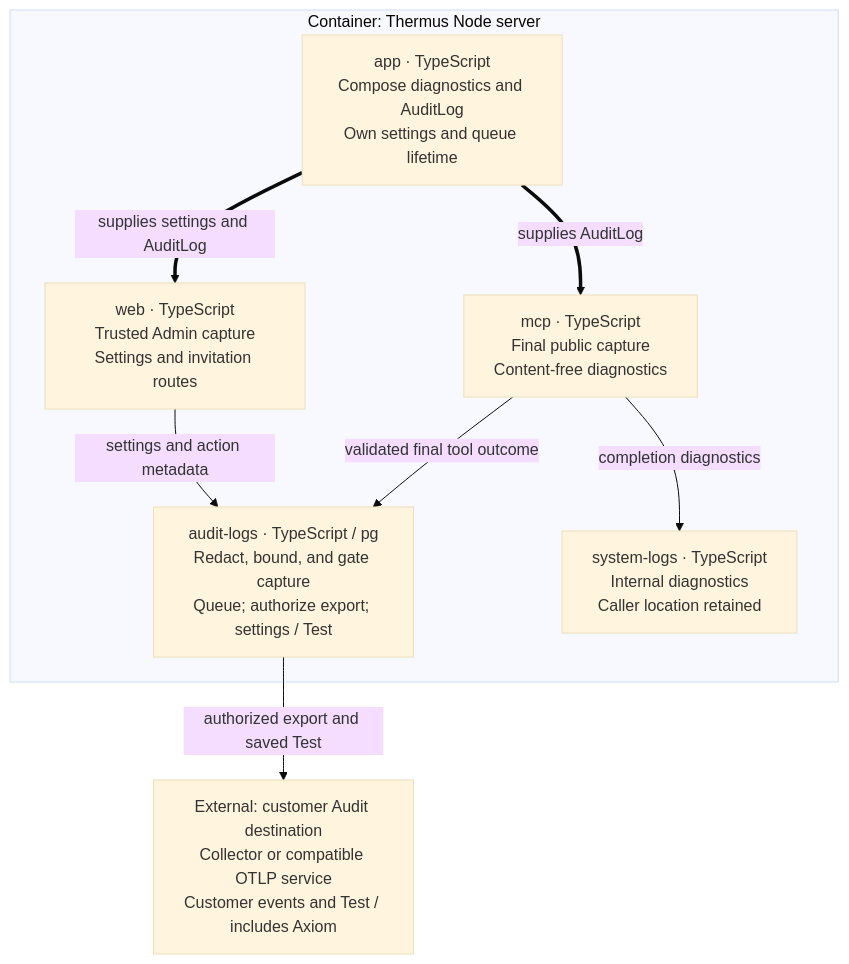
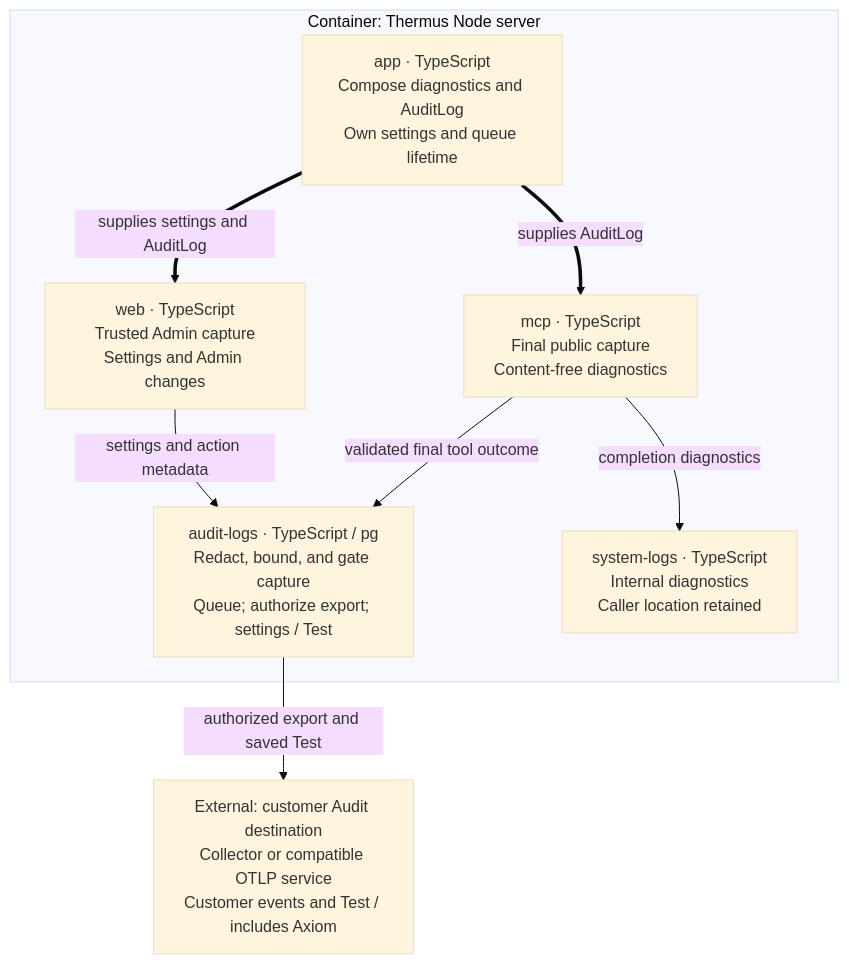
Before and after one commit to tomer-mayara/Thermus: the eighth of 15 diagrams in architecture/components.md, drawn with Mermaid (base theme). The commit also changed other lines of this file and 38 other files, not shown here.

````diff
--- a/architecture/components.md
+++ b/architecture/components.md
@@ -414,17 +441,17 @@
 ```mermaid
 flowchart TB
   subgraph logs_server["Container: Thermus Node server"]
     logs_app["app · TypeScript<br/>Compose diagnostics and AuditLog<br/>Own settings and queue lifetime"]
     logs_mcp["mcp · TypeScript<br/>Final public capture<br/>Content-free diagnostics"]
-    logs_web["web · TypeScript<br/>Trusted Admin capture<br/>Settings and invitation routes"]
+    logs_web["web · TypeScript<br/>Trusted Admin capture<br/>Settings and Admin changes"]
     logs_audit["audit-logs · TypeScript / pg<br/>Redact, bound, and gate capture<br/>Queue; authorize export; settings / Test"]
     logs_system["system-logs · TypeScript<br/>Internal diagnostics<br/>Caller location retained"]
   end
   logs_collector["External: customer Audit destination<br/>Collector or compatible OTLP service<br/>Customer events and Test / includes Axiom"]
   logs_app ==>|supplies AuditLog| logs_mcp
   logs_app ==>|supplies settings and AuditLog| logs_web
   logs_mcp -->|validated final tool outcome| logs_audit
   logs_web -->|settings and action metadata| logs_audit
   logs_mcp -->|completion diagnostics| logs_system
   logs_audit -->|authorized export and saved Test| logs_collector
 ```
````
